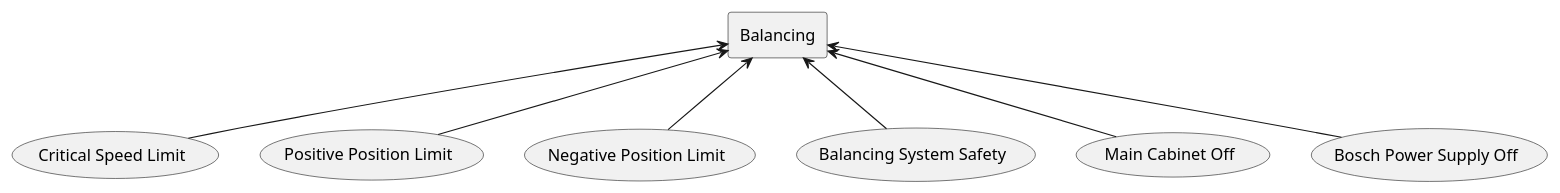
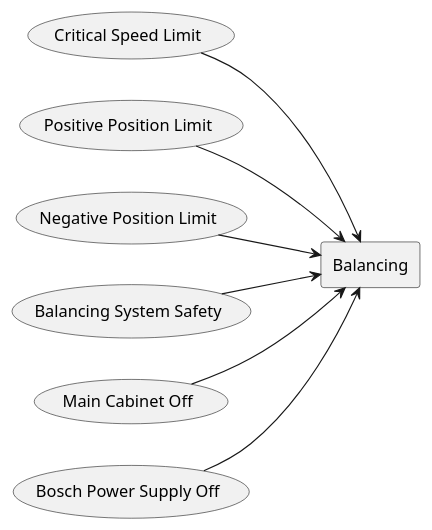
Before and after one commit to lsst-ts/ts_tma_tma-documentation_tma-faults: the fourth of 18 diagrams in README.md, drawn with PlantUML. The commit also changed other lines of this file, not shown here.

Commit message:
refactor: change the diagrams to be left to right instead of top to bottom

````diff
--- a/README.md
+++ b/README.md
@@ -333,24 +335,25 @@
 ```plantuml
 @startuml
+left to right direction
 rectangle "Balancing" as Balancing
 usecase "Critical Speed Limit" as CriticalSpeedLimit
 
-CriticalSpeedLimit -u-> Balancing
+CriticalSpeedLimit --> Balancing
 usecase "Positive Position Limit" as PositivePositionLimit
 
-PositivePositionLimit -u-> Balancing
+PositivePositionLimit --> Balancing
 usecase "Negative Position Limit" as NegativePositionLimit
 
-NegativePositionLimit -u-> Balancing
+NegativePositionLimit --> Balancing
 usecase "Balancing System Safety" as BalancingSystemSafety
 
-BalancingSystemSafety -u-> Balancing
+BalancingSystemSafety --> Balancing
 usecase "Main Cabinet Off" as MainCabinetOff
 
-MainCabinetOff -u-> Balancing
+MainCabinetOff --> Balancing
 usecase "Bosch Power Supply Off" as BoschPowerSupplyOff
 
-BoschPowerSupplyOff -u-> Balancing
+BoschPowerSupplyOff --> Balancing
 
 @enduml
 ```
````
